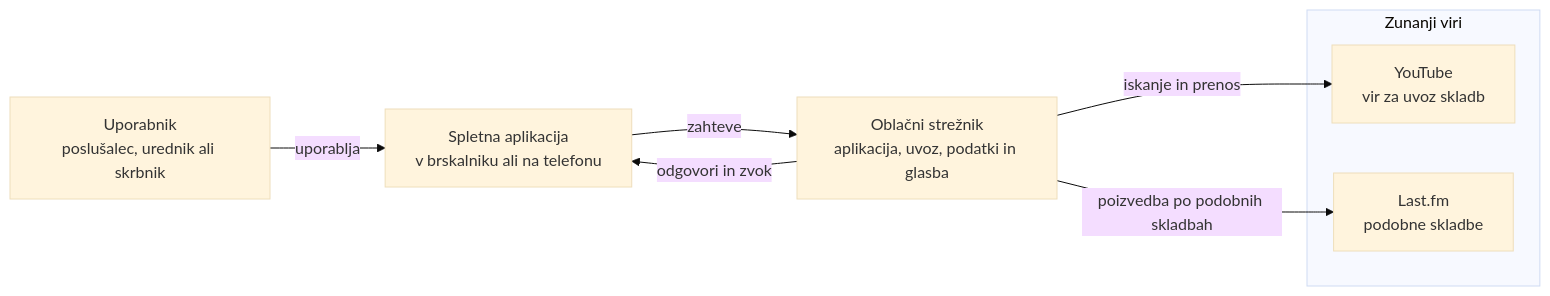
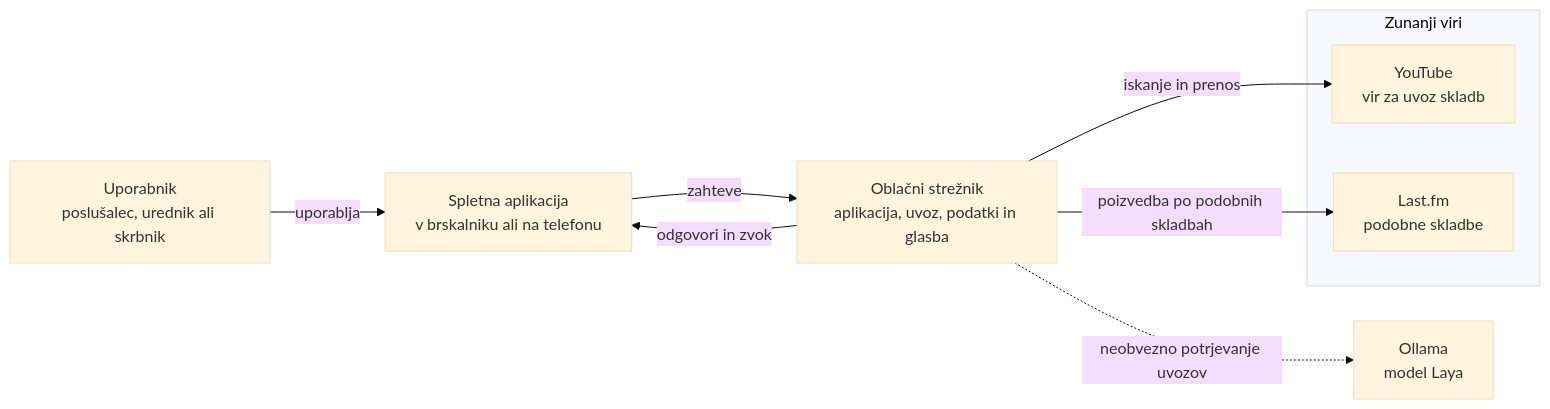
Before and after one commit to nacoraco/Soundroom: the diagram in docs/04-arhitektura-in-tehnoloski-sklad.md, drawn with Mermaid (base theme). The commit also changed other lines of this file and 9 other files, not shown here.

````diff
--- a/docs/04-arhitektura-in-tehnoloski-sklad.md
+++ b/docs/04-arhitektura-in-tehnoloski-sklad.md
@@ -28,17 +29,20 @@
 ```mermaid
 flowchart LR
     U["Uporabnik<br/>poslušalec, urednik ali skrbnik"]
     APP["Spletna aplikacija<br/>v brskalniku ali na telefonu"]
     SRV["Oblačni strežnik<br/>aplikacija, uvoz, podatki in glasba"]
 
     subgraph ZUNANJI["Zunanji viri"]
         YT["YouTube<br/>vir za uvoz skladb"]
         LFM["Last.fm<br/>podobne skladbe"]
     end
 
+    OLL["Ollama<br/>model Laya"]
+
     U -->|uporablja| APP
     APP -->|zahteve| SRV
     SRV -->|odgovori in zvok| APP
     SRV -->|iskanje in prenos| YT
     SRV -->|poizvedba po podobnih skladbah| LFM
+    SRV -.->|neobvezno potrjevanje uvozov| OLL
 ```
````
